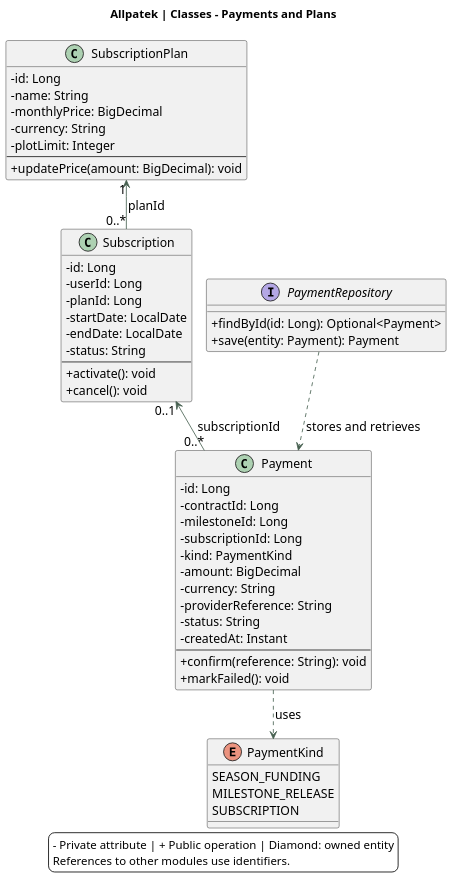
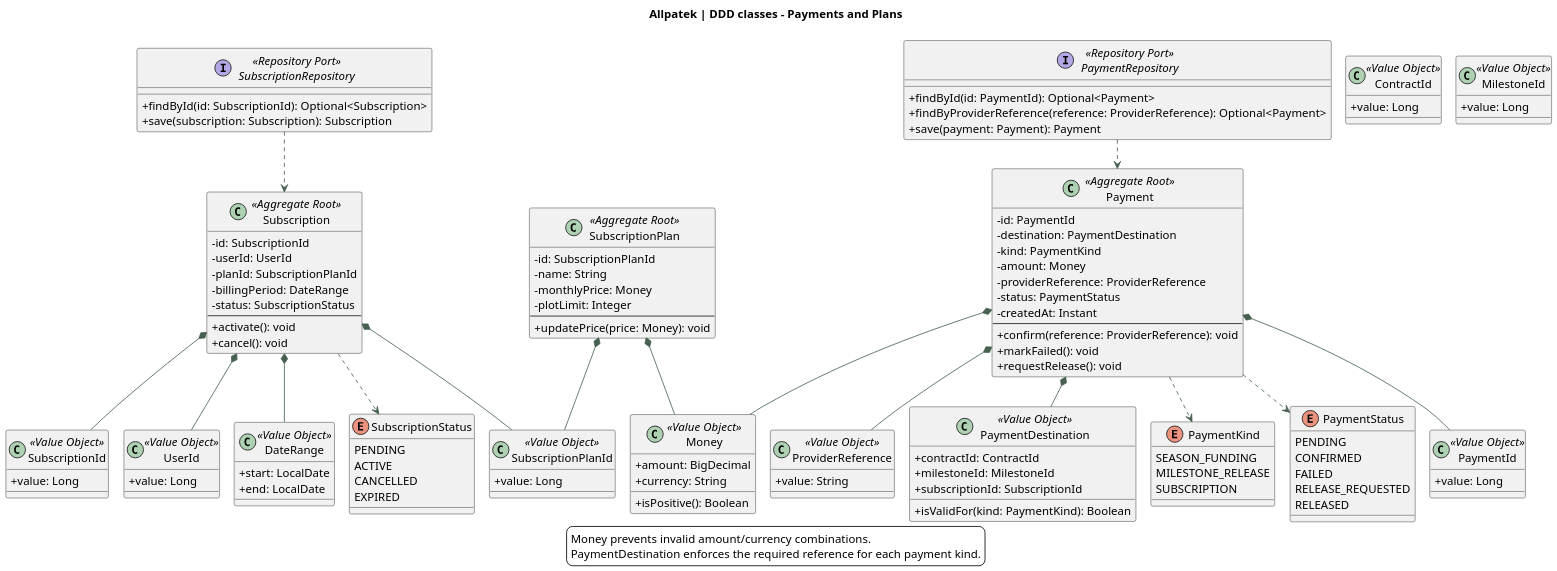
One commit to upc-pre-202620-1asi0729-7753-Terranova/allpatek-report changed the diagram in assets/chapter-04/architecture/11-classes-payments.puml. Above: the diagram before and after it, drawn with PlantUML. The commit also changed 14 other files, not shown here.

Commit message:
docs(domain): align class diagrams with DDD value objects

```diff
--- a/assets/chapter-04/architecture/11-classes-payments.puml
+++ b/assets/chapter-04/architecture/11-classes-payments.puml
@@ -1,64 +1,133 @@
 @startuml
 !pragma layout smetana
 skinparam backgroundColor white
 skinparam defaultFontName SansSerif
-skinparam defaultFontSize 15
+skinparam defaultFontSize 14
 skinparam shadowing false
 skinparam classAttributeIconSize 0
 skinparam ArrowColor #476050
 skinparam dpi 140
-title Allpatek | Classes - Payments and Plans
+title Allpatek | DDD classes - Payments and Plans
 top to bottom direction
-class Payment {
- -id: Long
- -contractId: Long
- -milestoneId: Long
- -subscriptionId: Long
+
+class Payment <<Aggregate Root>> {
+ -id: PaymentId
+ -destination: PaymentDestination
  -kind: PaymentKind
- -amount: BigDecimal
- -currency: String
- -providerReference: String
- -status: String
+ -amount: Money
+ -providerReference: ProviderReference
+ -status: PaymentStatus
  -createdAt: Instant
  --
-+confirm(reference: String): void
-+markFailed(): void
+ +confirm(reference: ProviderReference): void
+ +markFailed(): void
+ +requestRelease(): void
 }
-class SubscriptionPlan {
- -id: Long
+
+class SubscriptionPlan <<Aggregate Root>> {
+ -id: SubscriptionPlanId
  -name: String
- -monthlyPrice: BigDecimal
- -currency: String
+ -monthlyPrice: Money
  -plotLimit: Integer
  --
-+updatePrice(amount: BigDecimal): void
+ +updatePrice(price: Money): void
 }
-class Subscription {
- -id: Long
- -userId: Long
- -planId: Long
- -startDate: LocalDate
- -endDate: LocalDate
- -status: String
+
+class Subscription <<Aggregate Root>> {
+ -id: SubscriptionId
+ -userId: UserId
+ -planId: SubscriptionPlanId
+ -billingPeriod: DateRange
+ -status: SubscriptionStatus
  --
-+activate(): void
-+cancel(): void
+ +activate(): void
+ +cancel(): void
 }
+
+class PaymentId <<Value Object>> {
+ +value: Long
+}
+class SubscriptionPlanId <<Value Object>> {
+ +value: Long
+}
+class SubscriptionId <<Value Object>> {
+ +value: Long
+}
+class UserId <<Value Object>> {
+ +value: Long
+}
+class ContractId <<Value Object>> {
+ +value: Long
+}
+class MilestoneId <<Value Object>> {
+ +value: Long
+}
+class Money <<Value Object>> {
+ +amount: BigDecimal
+ +currency: String
+ +isPositive(): Boolean
+}
+class ProviderReference <<Value Object>> {
+ +value: String
+}
+class PaymentDestination <<Value Object>> {
+ +contractId: ContractId
+ +milestoneId: MilestoneId
+ +subscriptionId: SubscriptionId
+ +isValidFor(kind: PaymentKind): Boolean
+}
+class DateRange <<Value Object>> {
+ +start: LocalDate
+ +end: LocalDate
+}
+
 enum PaymentKind {
-SEASON_FUNDING
-MILESTONE_RELEASE
-SUBSCRIPTION
+ SEASON_FUNDING
+ MILESTONE_RELEASE
+ SUBSCRIPTION
 }
-Payment ..> PaymentKind : uses
-interface PaymentRepository {
- +findById(id: Long): Optional<Payment>
- +save(entity: Payment): Payment
+enum PaymentStatus {
+ PENDING
+ CONFIRMED
+ FAILED
+ RELEASE_REQUESTED
+ RELEASED
 }
-PaymentRepository ..> Payment : stores and retrieves
-Subscription "0..1" <-- "0..*" Payment : subscriptionId
-SubscriptionPlan "1" <-- "0..*" Subscription : planId
+enum SubscriptionStatus {
+ PENDING
+ ACTIVE
+ CANCELLED
+ EXPIRED
+}
+
+interface PaymentRepository <<Repository Port>> {
+ +findById(id: PaymentId): Optional<Payment>
+ +findByProviderReference(reference: ProviderReference): Optional<Payment>
+ +save(payment: Payment): Payment
+}
+interface SubscriptionRepository <<Repository Port>> {
+ +findById(id: SubscriptionId): Optional<Subscription>
+ +save(subscription: Subscription): Subscription
+}
+
+Payment *-- PaymentId
+Payment *-- PaymentDestination
+Payment *-- Money
+Payment *-- ProviderReference
+Payment ..> PaymentKind
+Payment ..> PaymentStatus
+SubscriptionPlan *-- SubscriptionPlanId
+SubscriptionPlan *-- Money
+Subscription *-- SubscriptionId
+Subscription *-- UserId
+Subscription *-- SubscriptionPlanId
+Subscription *-- DateRange
+Subscription ..> SubscriptionStatus
+PaymentRepository ..> Payment
+SubscriptionRepository ..> Subscription
+
 legend bottom
-- Private attribute | + Public operation | Diamond: owned entity
-References to other modules use identifiers.
+Money prevents invalid amount/currency combinations.
+PaymentDestination enforces the required reference for each payment kind.
 endlegend
 @enduml
```
